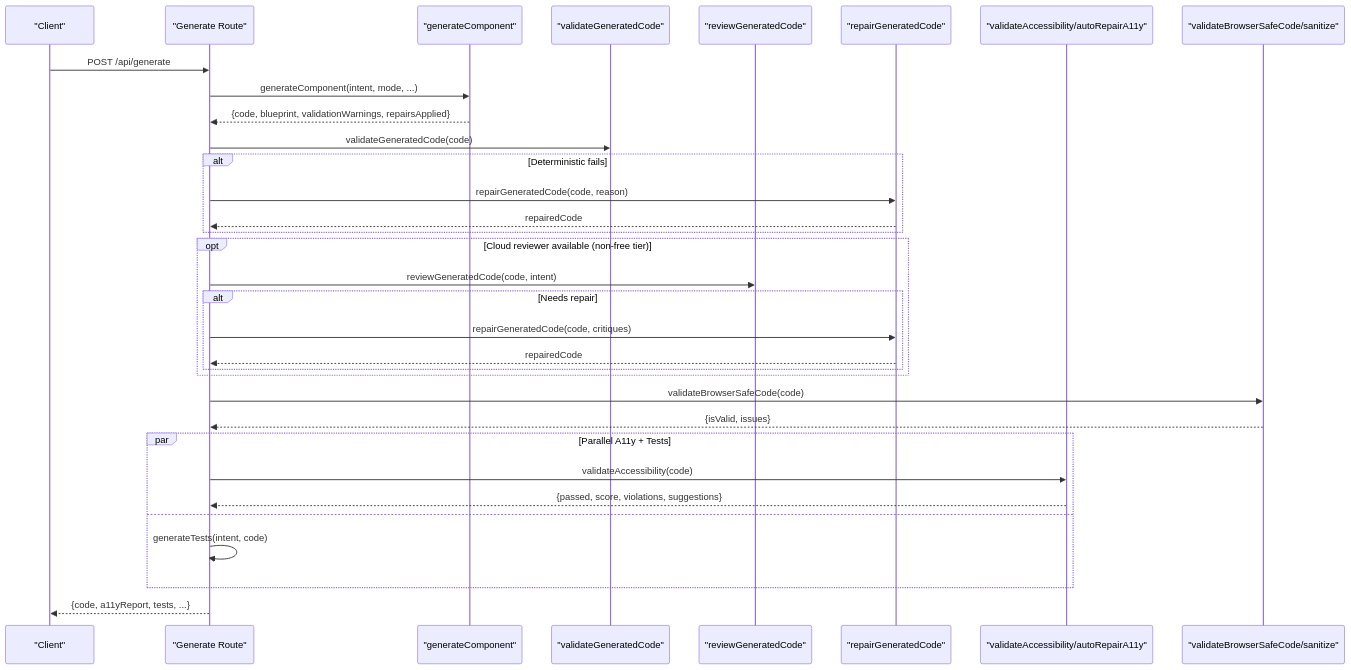
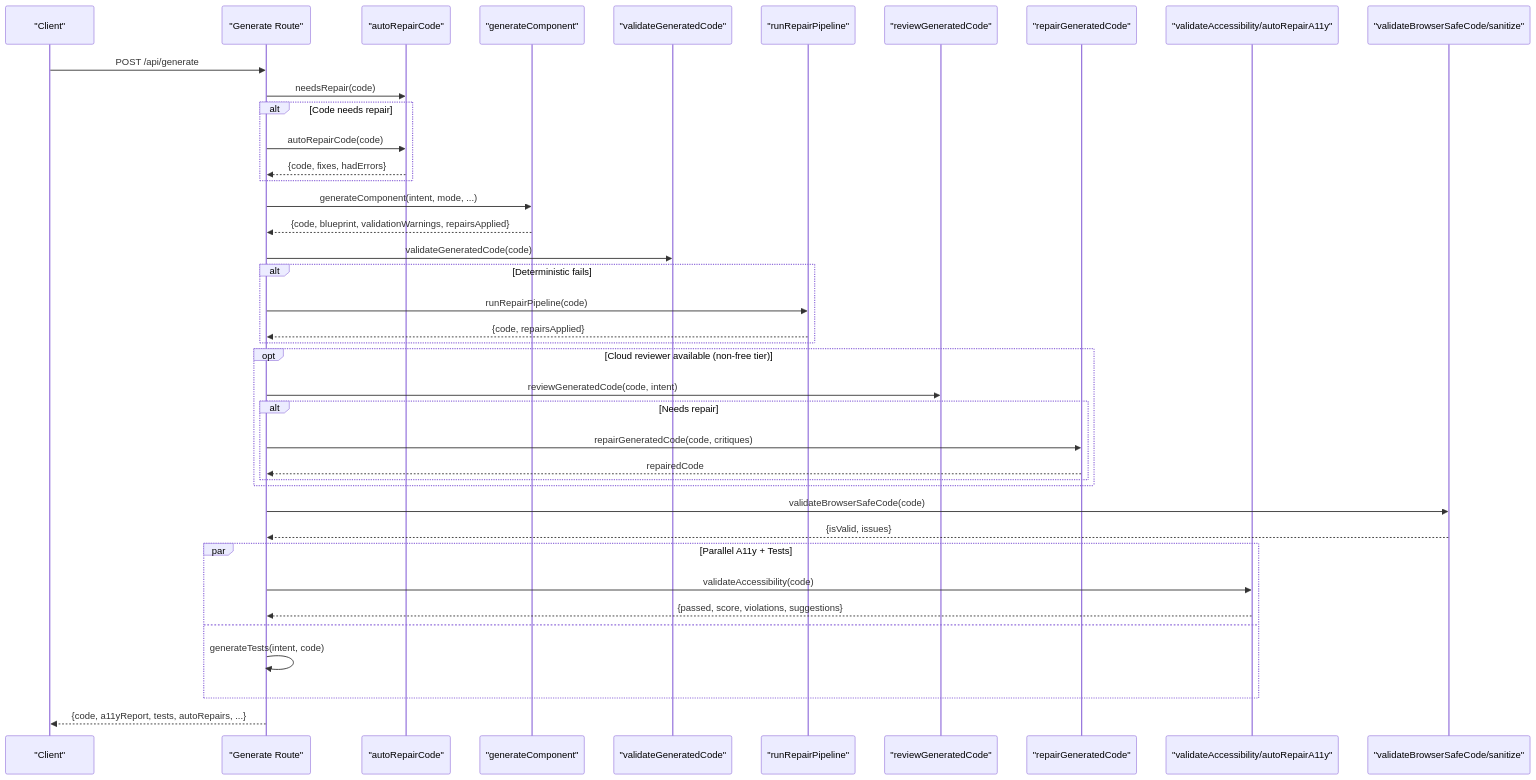
One commit to shekhargiri005-dotcom/AI-powered-accessibility-first-UI-engine changed the second of 10 diagrams in .qoder/repowiki/en/content/AI Generation Engine/Core Generation Pipeline/Validation & Repair System.md. Above: the diagram before and after it, drawn with Mermaid. The commit also changed other lines of this file and 6 other files, not shown here.

````diff
--- a/.qoder/repowiki/en/content/AI Generation Engine/Core Generation Pipeline/Validation & Repair System.md
+++ b/.qoder/repowiki/en/content/AI Generation Engine/Core Generation Pipeline/Validation & Repair System.md
@@ -121,35 +143,42 @@
 ```mermaid
 sequenceDiagram
 participant Client as "Client"
 participant Route as "Generate Route"
+participant CAR as "autoRepairCode"
 participant Gen as "generateComponent"
 participant CV as "validateGeneratedCode"
+participant RP as "runRepairPipeline"
 participant UR as "reviewGeneratedCode"
 participant RR as "repairGeneratedCode"
 participant AV as "validateAccessibility/autoRepairA11y"
 participant SEC as "validateBrowserSafeCode/sanitize"
 Client->>Route : POST /api/generate
+Route->>CAR : needsRepair(code)
+alt Code needs repair
+Route->>CAR : autoRepairCode(code)
+CAR-->>Route : {code, fixes, hadErrors}
+end
 Route->>Gen : generateComponent(intent, mode, ...)
 Gen-->>Route : {code, blueprint, validationWarnings, repairsApplied}
 Route->>CV : validateGeneratedCode(code)
 alt Deterministic fails
-Route->>RR : repairGeneratedCode(code, reason)
-RR-->>Route : repairedCode
+Route->>RP : runRepairPipeline(code)
+RP-->>Route : {code, repairsApplied}
 end
 opt Cloud reviewer available (non-free tier)
 Route->>UR : reviewGeneratedCode(code, intent)
 alt Needs repair
 Route->>RR : repairGeneratedCode(code, critiques)
 RR-->>Route : repairedCode
 end
 end
 Route->>SEC : validateBrowserSafeCode(code)
 SEC-->>Route : {isValid, issues}
 par Parallel A11y + Tests
 Route->>AV : validateAccessibility(code)
 AV-->>Route : {passed, score, violations, suggestions}
 and
 Route->>Route : generateTests(intent, code)
 end
-Route-->>Client : {code, a11yReport, tests, ...}
+Route-->>Client : {code, a11yReport, tests, autoRepairs, ...}
 ```
````
